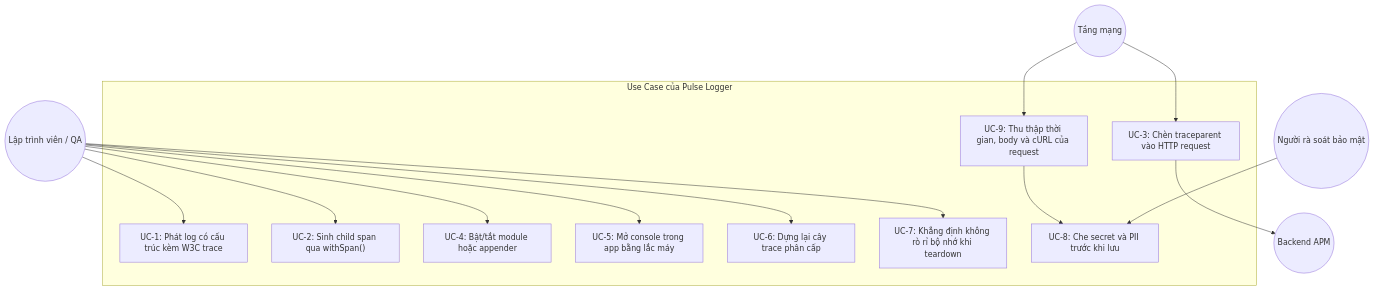
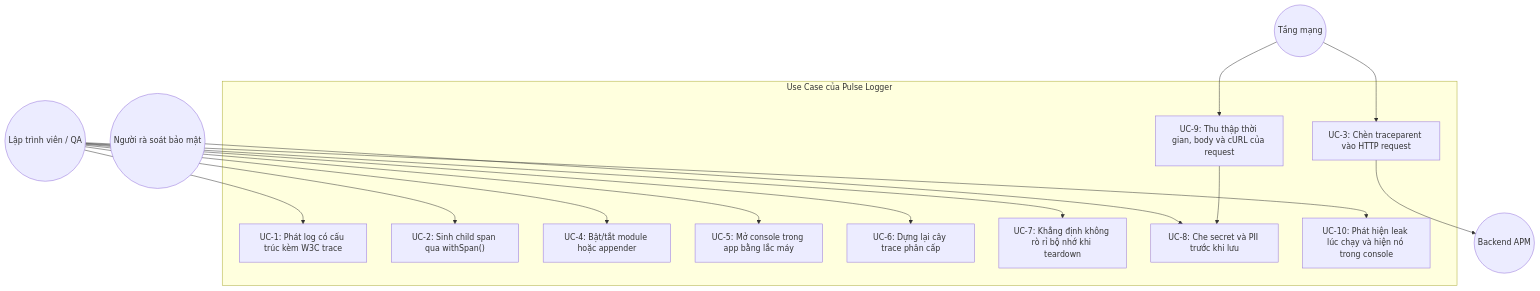
Before and after one commit to DanhDue/ios_digital_wallet: the second of 4 diagrams in .devtool/epic/pulse_logger/pulse_logger.vi.md, drawn with Mermaid. The commit also changed other lines of this file and 12 other files, not shown here.

````diff
--- a/.devtool/epic/pulse_logger/pulse_logger.vi.md
+++ b/.devtool/epic/pulse_logger/pulse_logger.vi.md
@@ -218,25 +229,26 @@
 ```mermaid
 flowchart TD
     Developer((Lập trình viên / QA))
     HTTPStack((Tầng mạng))
     BackendSvc((Backend APM))
     SecAuditor((Người rà soát bảo mật))
 
     subgraph UseCases["Use Case của Pulse Logger"]
         UC1["UC-1: Phát log có cấu trúc kèm W3C trace"]
         UC2["UC-2: Sinh child span qua withSpan()"]
         UC3["UC-3: Chèn traceparent vào HTTP request"]
         UC4["UC-4: Bật/tắt module hoặc appender"]
         UC5["UC-5: Mở console trong app bằng lắc máy"]
         UC6["UC-6: Dựng lại cây trace phân cấp"]
         UC7["UC-7: Khẳng định không rò rỉ bộ nhớ khi teardown"]
         UC8["UC-8: Che secret và PII trước khi lưu"]
         UC9["UC-9: Thu thập thời gian, body và cURL của request"]
+        UC10["UC-10: Phát hiện leak lúc chạy và hiện nó trong console"]
     end
 
-    Developer --> UC1 & UC2 & UC4 & UC5 & UC6 & UC7
+    Developer --> UC1 & UC2 & UC4 & UC5 & UC6 & UC7 & UC10
     HTTPStack --> UC3 --> BackendSvc
     HTTPStack --> UC9
     SecAuditor --> UC8
     UC9 --> UC8
 ```
````
